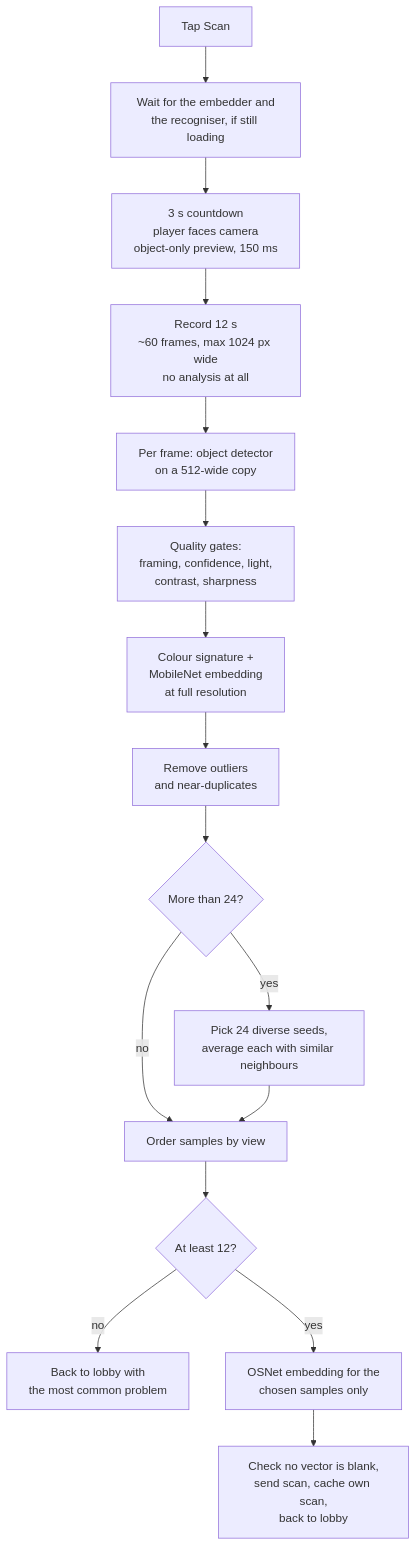
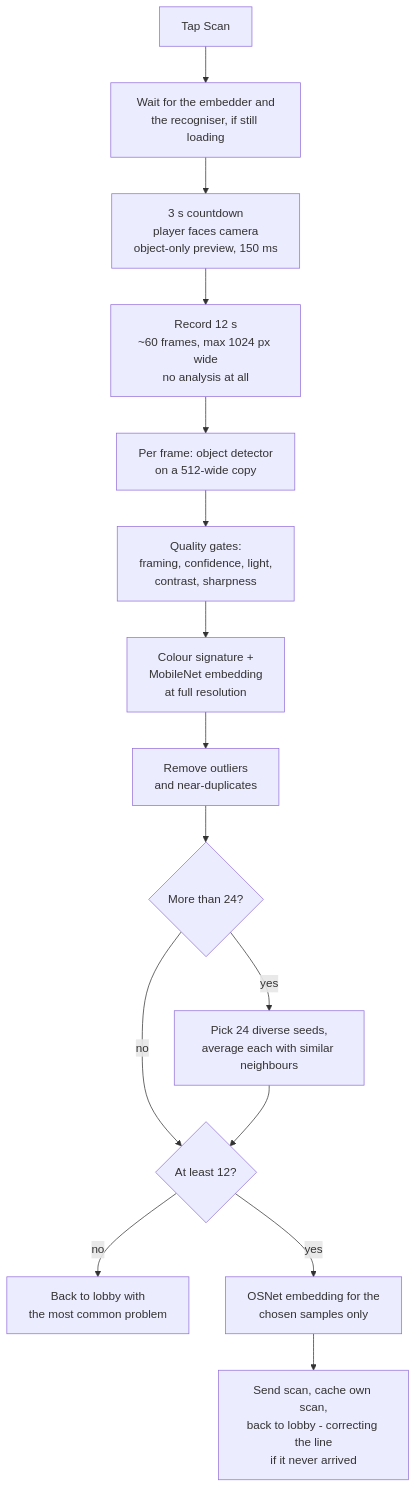
One commit to Basiliskenzahn/Laser-Tag changed the diagram in docs/client/scanning.md. Above: the diagram before and after it, drawn with Mermaid. The commit also changed other lines of this file and 1 other file, not shown here.

First line of the commit message:
Bring the scanning doc back in line with the code

````diff
--- a/docs/client/scanning.md
+++ b/docs/client/scanning.md
@@ -15,18 +15,17 @@
 ```mermaid
 flowchart TD
   A[Tap Scan] --> A2[Wait for the embedder and<br/>the recogniser, if still loading]
   A2 --> B[3 s countdown<br/>player faces camera<br/>object-only preview, 150 ms]
   B --> C[Record 12 s<br/>~60 frames, max 1024 px wide<br/>no analysis at all]
   C --> D[Per frame: object detector<br/>on a 512-wide copy]
   D --> E[Quality gates:<br/>framing, confidence, light,<br/>contrast, sharpness]
   E --> F[Colour signature +<br/>MobileNet embedding<br/>at full resolution]
   F --> G[Remove outliers<br/>and near-duplicates]
   G --> H{More than 24?}
   H -- yes --> I[Pick 24 diverse seeds,<br/>average each with similar neighbours]
-  H -- no --> J
-  I --> J[Order samples by view]
-  J --> K{At least 12?}
+  H -- no --> K
+  I --> K{At least 12?}
   K -- no --> L[Back to lobby with<br/>the most common problem]
   K -- yes --> M[OSNet embedding for the<br/>chosen samples only]
-  M --> N[Check no vector is blank,<br/>send scan, cache own scan,<br/>back to lobby]
+  M --> N[Send scan, cache own scan,<br/>back to lobby - correcting the line<br/>if it never arrived]
 ```
````
